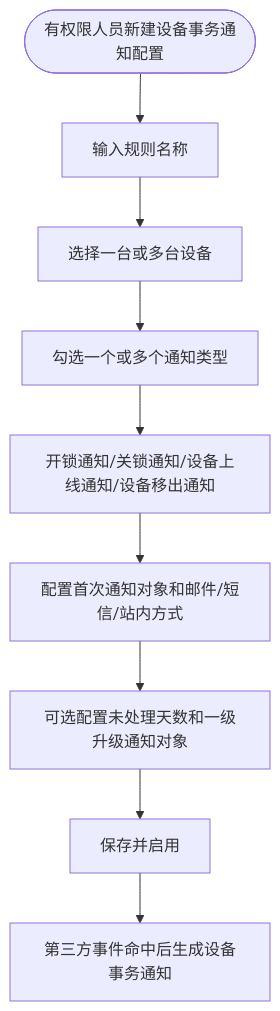
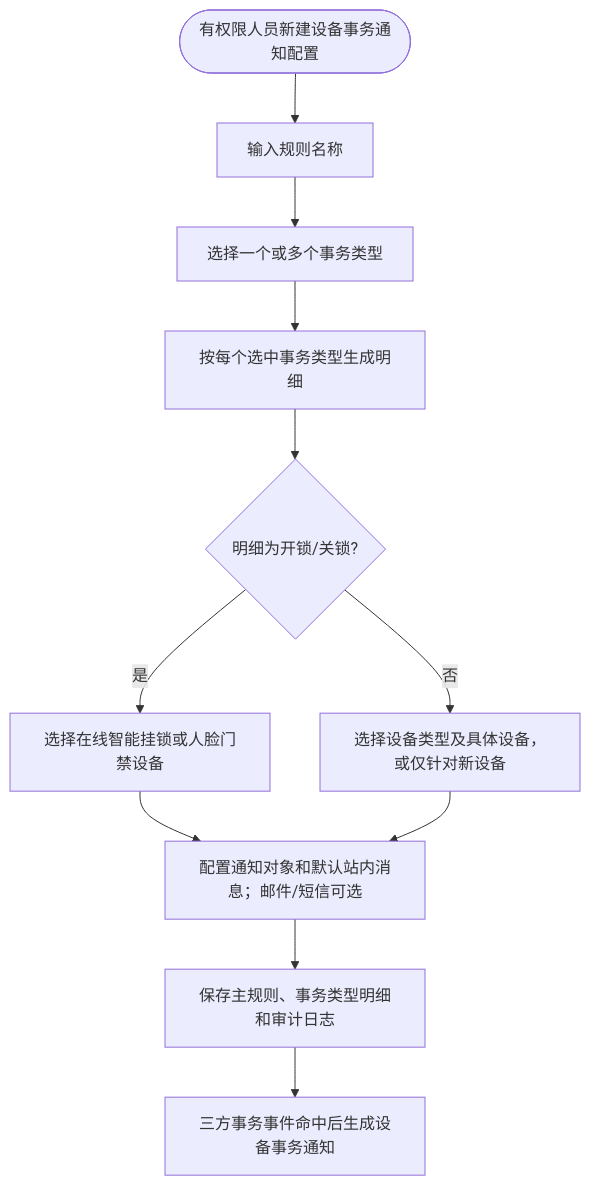
Before and after one commit to RobertHuang999/SYZC: diagram 19 of 22 in 01-项目背景/06-核心业务场景和流程.md, drawn with Mermaid. The commit also changed other lines of this file and 1232 other files, not shown here.

````diff
--- a/01-项目背景/06-核心业务场景和流程.md
+++ b/01-项目背景/06-核心业务场景和流程.md
@@ -871,11 +871,13 @@
 ```mermaid
 flowchart TD
     A([有权限人员新建设备事务通知配置]) --> B[输入规则名称]
-    B --> C[选择一台或多台设备]
-    C --> D[勾选一个或多个通知类型]
-    D --> E[开锁通知/关锁通知/设备上线通知/设备移出通知]
-    E --> F[配置首次通知对象和邮件/短信/站内方式]
-    F --> G[可选配置未处理天数和一级升级通知对象]
-    G --> H[保存并启用]
-    H --> I[第三方事件命中后生成设备事务通知]
+    B --> C[选择一个或多个事务类型]
+    C --> D[按每个选中事务类型生成明细]
+    D --> E{明细为开锁/关锁?}
+    E -- 是 --> F[选择在线智能挂锁或人脸门禁设备]
+    E -- 否 --> G[选择设备类型及具体设备，或仅针对新设备]
+    F --> H[配置通知对象和默认站内消息；邮件/短信可选]
+    G --> H
+    H --> I[保存主规则、事务类型明细和审计日志]
+    I --> J[三方事务事件命中后生成设备事务通知]
 ```
````
